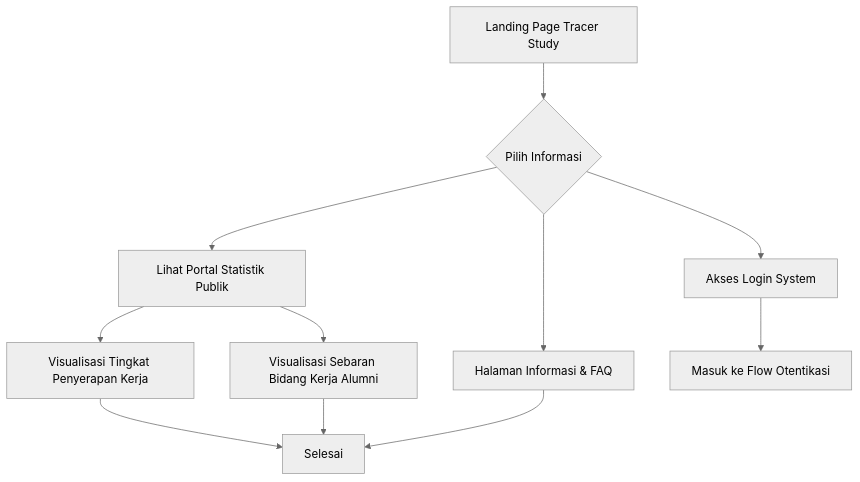
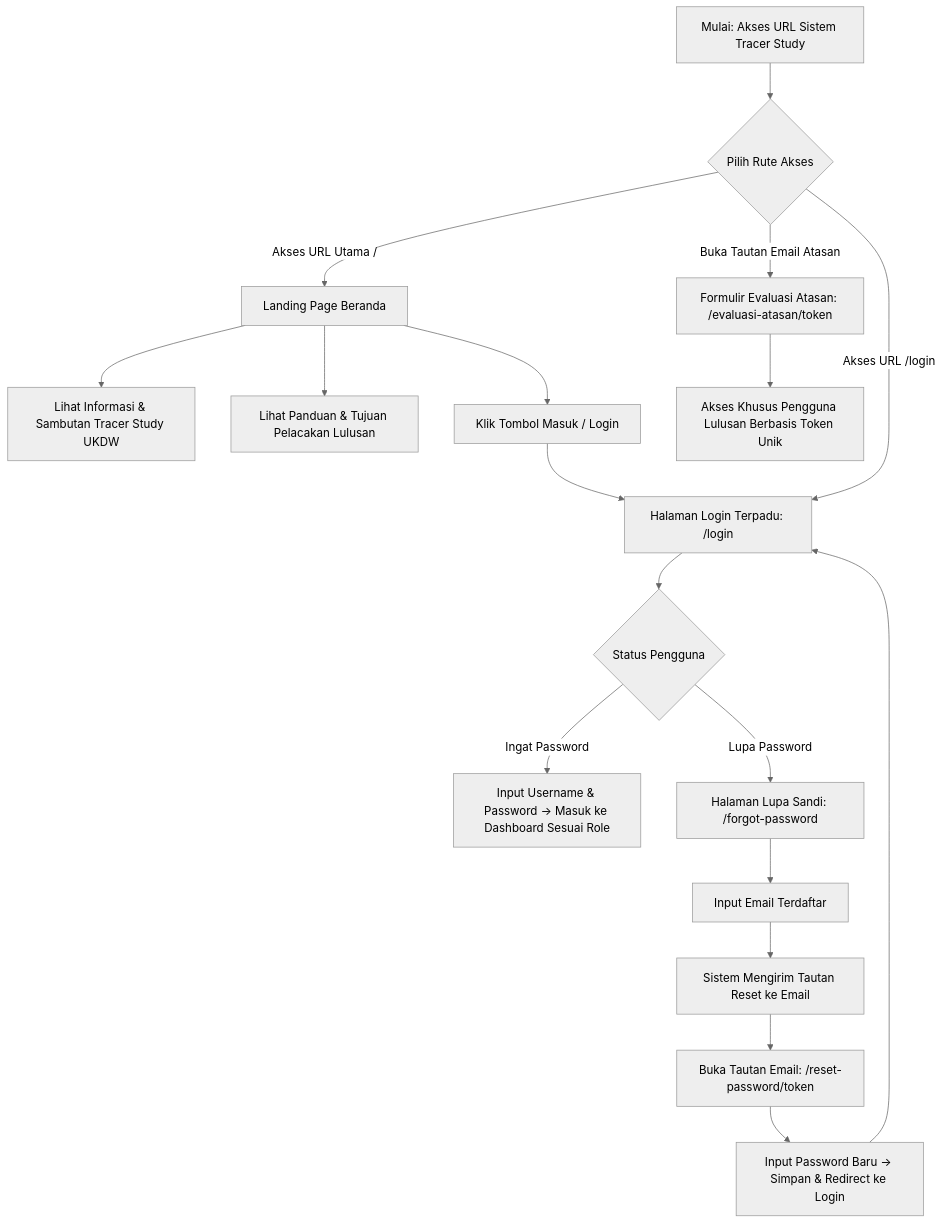
The sixth of 7 diagrams in docs/user-flow.md (claraanjelitakd/tracer-ta), drawn with Mermaid (neutral theme) before and after one commit. The commit also changed other lines of this file, not shown here.

Commit message:
docs: align user flow and mermaid diagrams with actual codebase per role

````diff
--- a/docs/user-flow.md
+++ b/docs/user-flow.md
@@ -209,14 +372,23 @@
 ```mermaid
 flowchart TD
-    A[Landing Page Tracer Study] --> B{Pilih Informasi}
-    B --> C[Lihat Portal Statistik Publik]
-    C --> C1[Visualisasi Tingkat Penyerapan Kerja]
-    C --> C2[Visualisasi Sebaran Bidang Kerja Alumni]
-    B --> D[Halaman Informasi & FAQ]
-    B --> E[Akses Login System]
+    A[Mulai: Akses URL Sistem Tracer Study] --> B{Pilih Rute Akses}
 
-    C1 --> F[Selesai]
-    C2 --> F
-    D --> F
-    E --> G[Masuk ke Flow Otentikasi]
+    B -->|Akses URL Utama /| C[Landing Page Beranda]
+    C --> C1[Lihat Informasi & Sambutan Tracer Study UKDW]
+    C --> C2[Lihat Panduan & Tujuan Pelacakan Lulusan]
+    C --> C3[Klik Tombol Masuk / Login]
+    C3 --> D[Halaman Login: /login]
+
+    B -->|Buka Tautan Email Atasan| E[Formulir Evaluasi Atasan: /evaluasi-atasan/token]
+    E --> E1[Akses Khusus Pengguna Lulusan Berbasis Token Unik]
+
+    B -->|Akses URL /login| D[Halaman Login Terpadu: /login]
+    D --> D1{Status Pengguna}
+    D1 -->|Ingat Password| D2[Input Username & Password -> Masuk ke Dashboard Sesuai Role]
+    D1 -->|Lupa Password| F[Halaman Lupa Sandi: /forgot-password]
+    F --> F1[Input Email Terdaftar]
+    F1 --> F2[Sistem Mengirim Tautan Reset ke Email]
+    F2 --> F3[Buka Tautan Email: /reset-password/token]
+    F3 --> F4[Input Password Baru -> Simpan & Redirect ke Login]
+    F4 --> D
 ```
````
